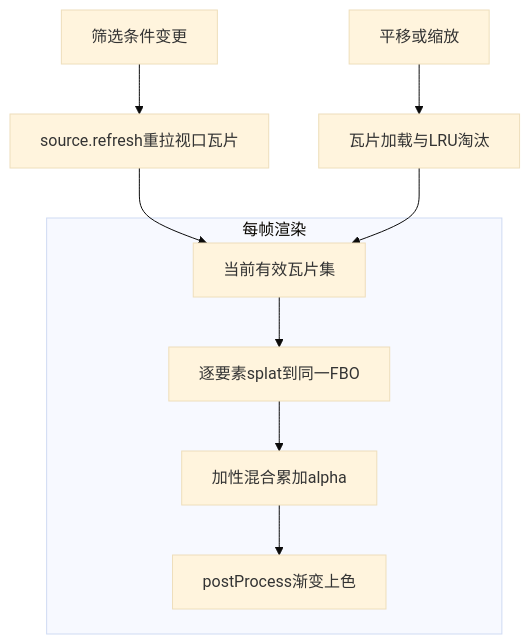
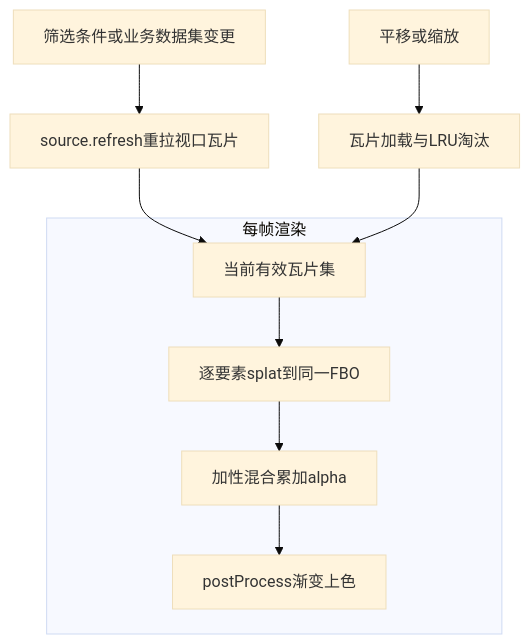
Before and after one commit to zheyi420/Dev-Wiki: the second of 2 diagrams in Blog/mvt-webgl_heatmap-ccl/03-前端-热力图WebGL渲染管线.md, drawn with Mermaid (base theme). The commit also changed other lines of this file and 2 other files, not shown here.

````diff
--- a/Blog/mvt-webgl_heatmap-ccl/03-前端-热力图WebGL渲染管线.md
+++ b/Blog/mvt-webgl_heatmap-ccl/03-前端-热力图WebGL渲染管线.md
@@ -135,16 +140,16 @@
 ```mermaid
 flowchart TB
   subgraph frame [每帧渲染]
     validTiles[当前有效瓦片集]
     splatAll[逐要素splat到同一FBO]
     additive[加性混合累加alpha]
     gradient[postProcess渐变上色]
     validTiles --> splatAll --> additive --> gradient
   end
-  cqlChange[筛选条件变更]
+  cqlChange[筛选条件或业务数据集变更]
   refresh[source.refresh重拉视口瓦片]
   panZoom[平移或缩放]
   tileLru[瓦片加载与LRU淘汰]
   cqlChange --> refresh --> validTiles
   panZoom --> tileLru --> validTiles
 ```
````
